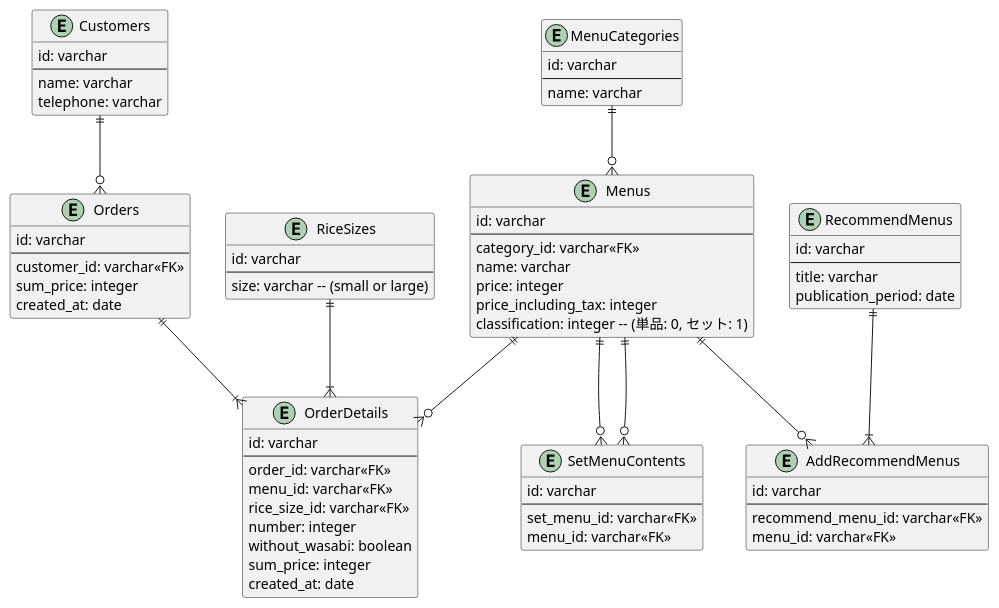
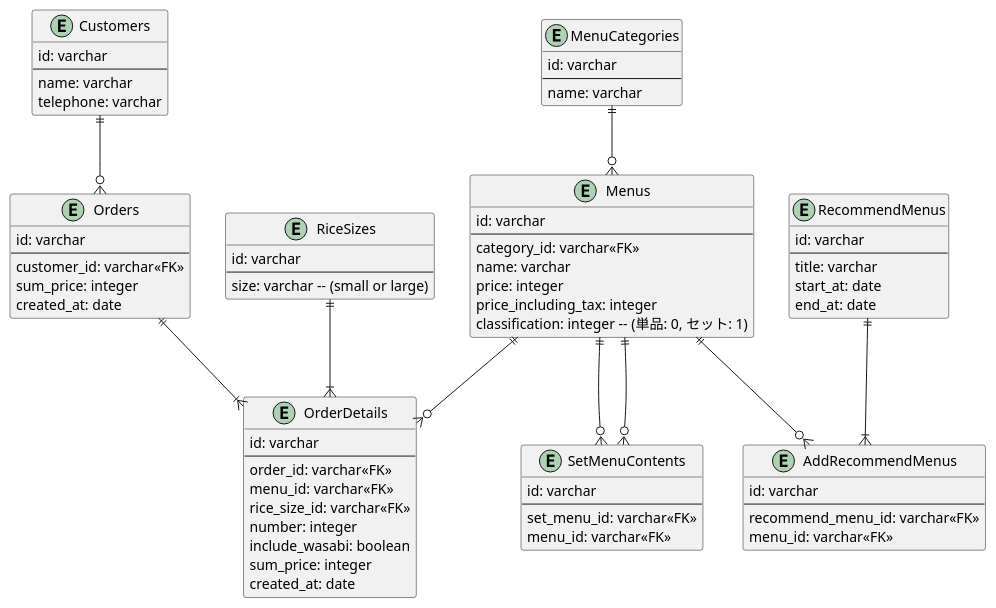
One commit to tsubasa1122/praha-challenge changed the diagram in db/no.14/schema3.wsd. Above: the diagram before and after it, drawn with PlantUML. The commit also changed 3 other files, not shown here.

```diff
--- a/db/no.14/schema3.wsd
+++ b/db/no.14/schema3.wsd
@@ -1,81 +1,82 @@
 @startuml
 Entity Customers {
   id: varchar
   --
   name: varchar
   telephone: varchar
 }
 
 Entity Orders {
   id: varchar
   --
   customer_id: varchar<<FK>>
   sum_price: integer
   created_at: date
 }
 
 Entity OrderDetails {
   id: varchar
   --
   order_id: varchar<<FK>>
   menu_id: varchar<<FK>>
   rice_size_id: varchar<<FK>>
   number: integer
-  without_wasabi: boolean
+  include_wasabi: boolean
   sum_price: integer
   created_at: date
 }
 
 Entity RiceSizes {
   id: varchar
   --
   size: varchar -- (small or large)
 }
 
 Entity Menus {
   id: varchar
   --
   category_id: varchar<<FK>>
   name: varchar
   price: integer
   price_including_tax: integer
   classification: integer -- (単品: 0, セット: 1)
 }
 
 Entity SetMenuContents {
   id: varchar
   --
   set_menu_id: varchar<<FK>>
   menu_id: varchar<<FK>>
 }
 
 Entity MenuCategories {
   id: varchar
   --
   name: varchar
 }
 
 Entity RecommendMenus {
   id: varchar
   --
   title: varchar
-  publication_period: date
+  start_at: date
+  end_at: date
 }
 
 Entity AddRecommendMenus {
   id: varchar
   --
   recommend_menu_id: varchar<<FK>>
   menu_id: varchar<<FK>>
 }
 
 Customers ||--o{ Orders
 Orders ||--|{ OrderDetails
 RiceSizes ||--|{ OrderDetails
 Menus ||--o{ OrderDetails
 Menus ||--o{ SetMenuContents
 Menus ||--o{ SetMenuContents
 Menus ||--o{ AddRecommendMenus
 RecommendMenus ||--|{ AddRecommendMenus
 MenuCategories ||--o{ Menus
 @enduml
```
